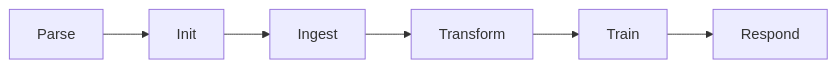
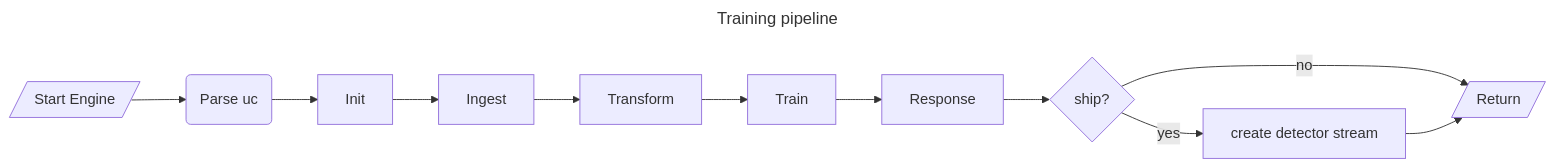
One commit to AbstractionsLab/idps-escape changed the first of 3 diagrams in docs/manual/engine.md. Above: the diagram before and after it, drawn with Mermaid. The commit also changed other lines of this file and 334 other files, not shown here.

````diff
--- a/docs/manual/engine.md
+++ b/docs/manual/engine.md
@@ -91,8 +93,16 @@
 ```mermaid
+---
+title: Training pipeline
+---
 flowchart LR
-    Parse --> Init 
-    Init--> Ingest
-    Ingest --> Transform 
-    Transform --> Train
-    Train --> Respond
+  s[/Start Engine/]  --> P(Parse uc)
+  P --> Init 
+  Init--> Ingest
+   Ingest --> Transform 
+  Transform --> Train
+  Train --> Response
+  Response --> B{ship?}
+ B -->|no| D[/Return/]
+ B -->|yes| C[create detector stream]
+ C -->  D
 ```
````
